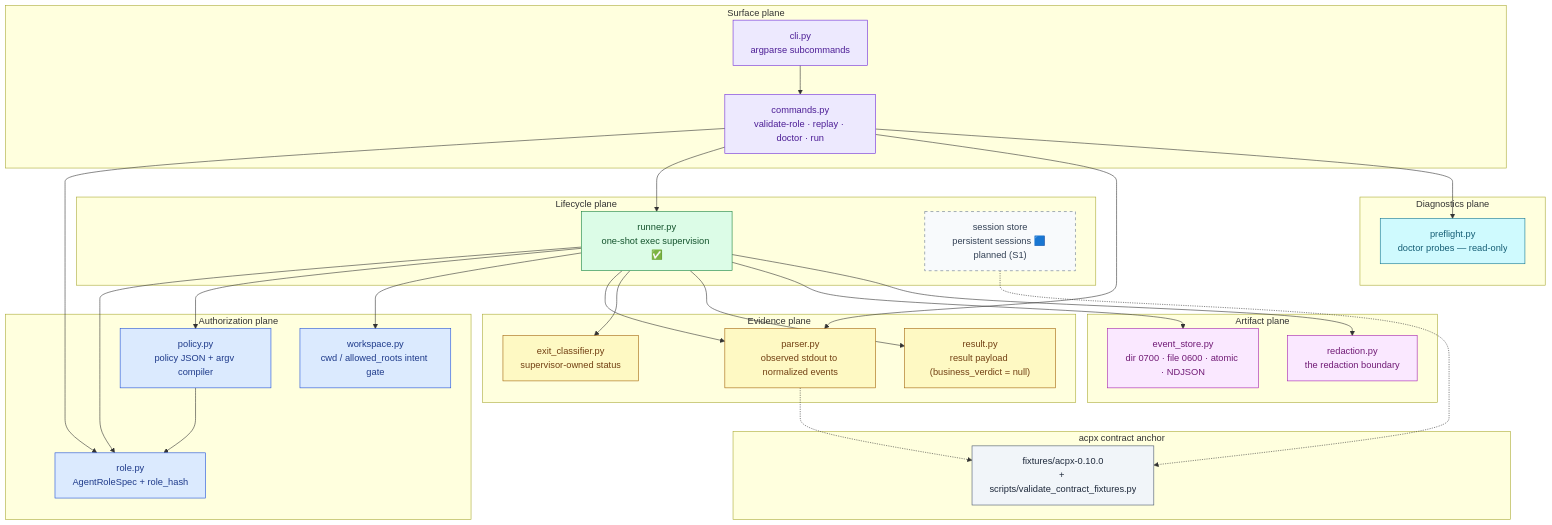
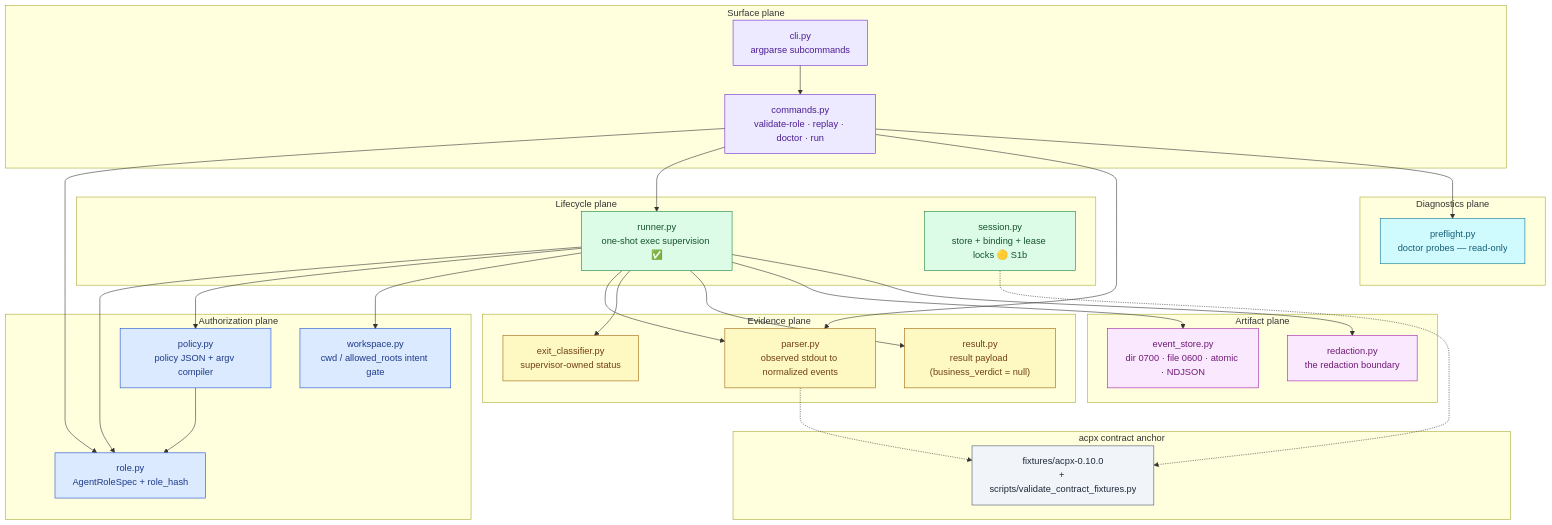
One commit to jovijovi/agent-run-supervisor changed the second of 7 diagrams in docs/design/architecture.md. Above: the diagram before and after it, drawn with Mermaid. The commit also changed other lines of this file and 19 other files, not shown here.

First line of the commit message:
feat: add S1b session store foundation

````diff
--- a/docs/design/architecture.md
+++ b/docs/design/architecture.md
@@ -126,72 +126,72 @@
 ```mermaid
 flowchart TB
     subgraph SURFACE["Surface plane"]
         CLI["cli.py<br/>argparse subcommands"]
         CMD["commands.py<br/>validate-role · replay · doctor · run"]
     end
 
     subgraph AUTHZ["Authorization plane"]
         ROLE["role.py<br/>AgentRoleSpec + role_hash"]
         POL["policy.py<br/>policy JSON + argv compiler"]
         WS["workspace.py<br/>cwd / allowed_roots intent gate"]
     end
 
     subgraph LIFE["Lifecycle plane"]
         RUN["runner.py<br/>one-shot exec supervision ✅"]
-        SESS["session store<br/>persistent sessions 🟦 planned (S1)"]
+        SESS["session.py<br/>store + binding + lease locks 🟡 S1b"]
     end
 
     subgraph EVID["Evidence plane"]
         PARSE["parser.py<br/>observed stdout to normalized events"]
         CLASS["exit_classifier.py<br/>supervisor-owned status"]
         RES["result.py<br/>result payload (business_verdict = null)"]
     end
 
     subgraph STORE["Artifact plane"]
         ES["event_store.py<br/>dir 0700 · file 0600 · atomic · NDJSON"]
         RED["redaction.py<br/>the redaction boundary"]
     end
 
     subgraph DIAG["Diagnostics plane"]
         PRE["preflight.py<br/>doctor probes — read-only"]
     end
 
     subgraph CONTRACT["acpx contract anchor"]
         FIX["fixtures/acpx-0.10.0<br/>+ scripts/validate_contract_fixtures.py"]
     end
 
     CLI --> CMD
     CMD --> ROLE
     CMD --> RUN
     CMD --> PARSE
     CMD --> PRE
     RUN --> ROLE
     RUN --> POL
     RUN --> WS
     RUN --> PARSE
     RUN --> CLASS
     RUN --> RES
     RUN --> ES
     RUN --> RED
     POL --> ROLE
     PARSE -.-> FIX
     SESS -.-> FIX
 
     classDef surface fill:#ede9fe,stroke:#6d28d9,color:#4c1d95;
     classDef authz fill:#dbeafe,stroke:#1d4ed8,color:#1e3a8a;
     classDef life fill:#dcfce7,stroke:#15803d,color:#14532d;
     classDef evid fill:#fef9c3,stroke:#a16207,color:#713f12;
     classDef store fill:#fae8ff,stroke:#a21caf,color:#701a75;
     classDef diag fill:#cffafe,stroke:#0e7490,color:#155e75;
     classDef contract fill:#f1f5f9,stroke:#475569,color:#1e293b;
     classDef planned fill:#f8fafc,stroke:#64748b,color:#334155,stroke-dasharray: 5 5;
 
     class CLI,CMD surface;
     class ROLE,POL,WS authz;
     class RUN life;
-    class SESS planned;
+    class SESS life;
     class PARSE,CLASS,RES evid;
     class ES,RED store;
     class PRE diag;
     class FIX contract;
 ```
````
